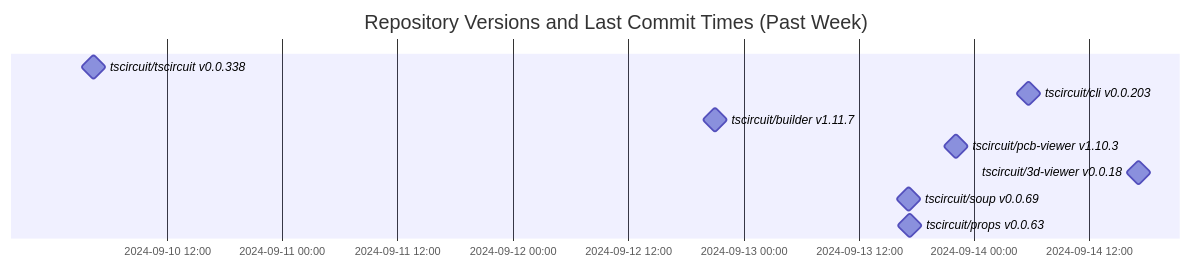
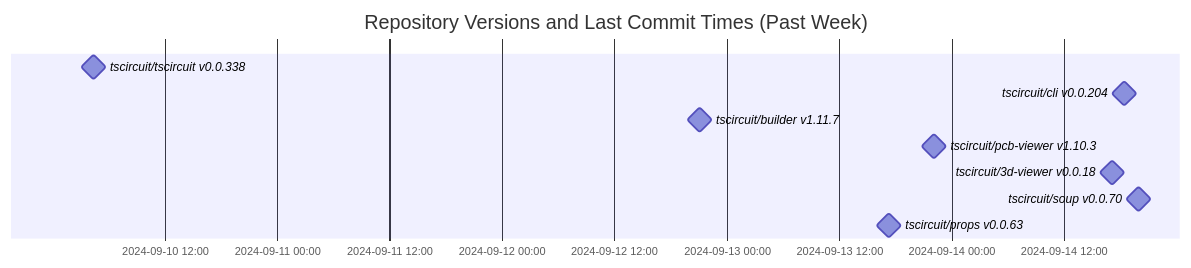
One commit to tscircuit/version-tracker changed the diagram in README.md. Above: the diagram before and after it, drawn with Mermaid.

Commit message:
Update chart

````diff
--- a/README.md
+++ b/README.md
@@ -1,14 +1,14 @@
 ```mermaid
 gantt
   dateFormat  YYYY-MM-DD HH:mm:ss
   title Repository Versions and Last Commit Times (Past Week)
   axisFormat %Y-%m-%d %H:%M
 
   tscircuit/tscircuit v0.0.338 : milestone, 2024-09-10 04:23:10, 1s
-  tscircuit/cli v0.0.203 : milestone, 2024-09-14 05:39:51, 1s
+  tscircuit/cli v0.0.204 : milestone, 2024-09-14 18:29:47, 1s
   tscircuit/builder v1.11.7 : milestone, 2024-09-12 21:03:51, 1s
   tscircuit/pcb-viewer v1.10.3 : milestone, 2024-09-13 22:06:50, 1s
   tscircuit/3d-viewer v0.0.18 : milestone, 2024-09-14 17:06:37, 1s
-  tscircuit/soup v0.0.69 : milestone, 2024-09-13 17:08:57, 1s
+  tscircuit/soup v0.0.70 : milestone, 2024-09-14 19:58:16, 1s
   tscircuit/props v0.0.63 : milestone, 2024-09-13 17:18:44, 1s
 ```
````
